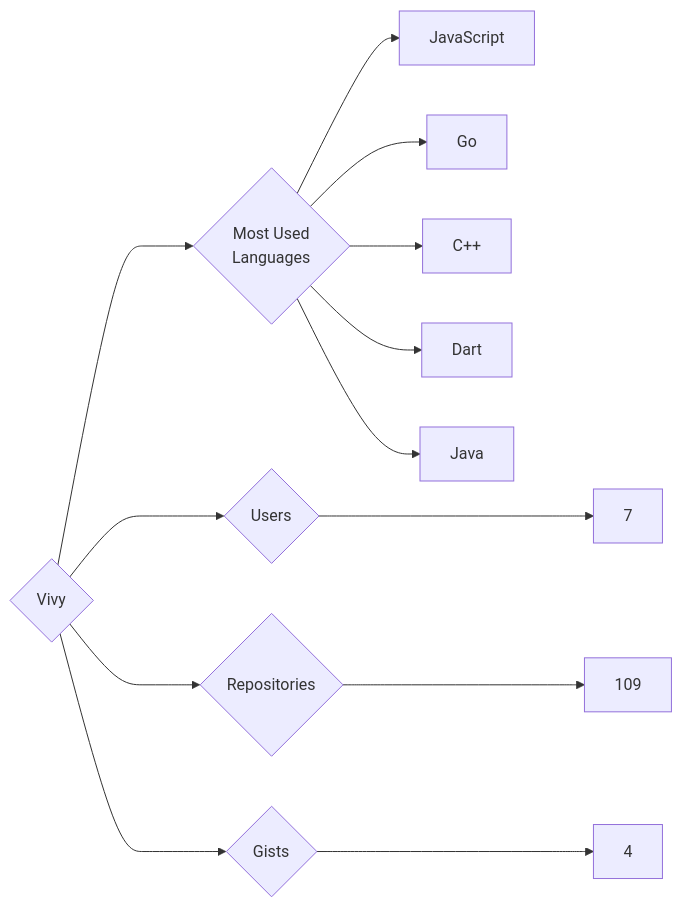
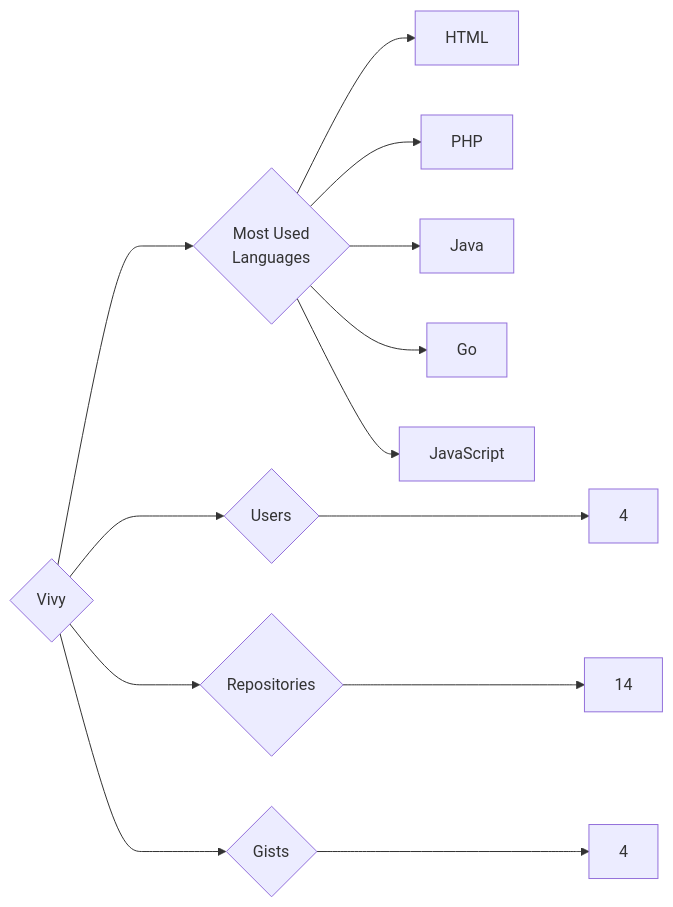
The diagram in targets/Vivy/README.md (trickest/insiders), drawn with Mermaid before and after one commit. The commit also changed 1011 other files, not shown here.

````diff
--- a/targets/Vivy/README.md
+++ b/targets/Vivy/README.md
@@ -3,13 +3,13 @@
 ```mermaid
 graph LR
 COMPANY_NAME{Vivy}
-COMPANY_NAME ---> U{Users} ---> UN[7]
-COMPANY_NAME ---> R{Repositories} ---> RN[109]
+COMPANY_NAME ---> U{Users} ---> UN[4]
+COMPANY_NAME ---> R{Repositories} ---> RN[14]
 COMPANY_NAME ---> G{Gists} ---> GN[4]
 COMPANY_NAME ---> ML{Most Used<br>Languages}
+ML --> HTML[HTML]
+ML --> PHP[PHP]
+ML --> Java[Java]
+ML --> Go[Go]
 ML --> JavaScript[JavaScript]
-ML --> Go[Go]
-ML --> C++[C++]
-ML --> Dart[Dart]
-ML --> Java[Java]
 ```
````
